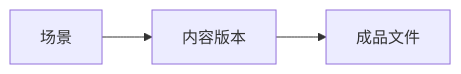
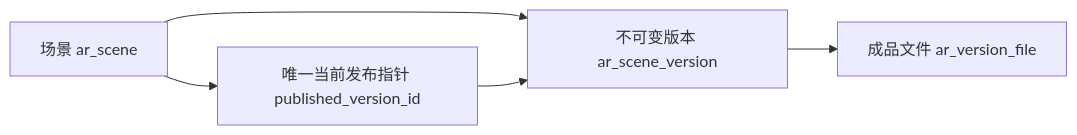
One commit to dailiuyi/innovation-ar-resource-platform changed the fourth of 6 diagrams in docs/11-current-platform-architecture.md. Above: the diagram before and after it, drawn with Mermaid. The commit also changed other lines of this file and 14 other files, not shown here.

````diff
--- a/docs/11-current-platform-architecture.md
+++ b/docs/11-current-platform-architecture.md
@@ -134,5 +141,7 @@
 ```mermaid
 flowchart LR
-    Scene[场景] --> Version[内容版本]
-    Version --> Deliverable[成品文件]
+    Scene[场景 ar_scene] --> Version[不可变版本 ar_scene_version]
+    Version --> Deliverable[成品文件 ar_version_file]
+    Scene --> Pointer[唯一当前发布指针 published_version_id]
+    Pointer --> Version
 ```
````
